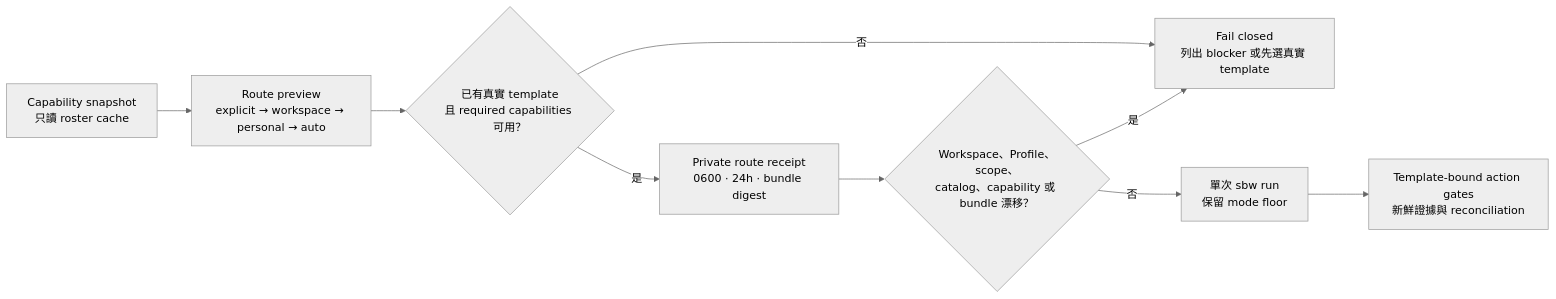
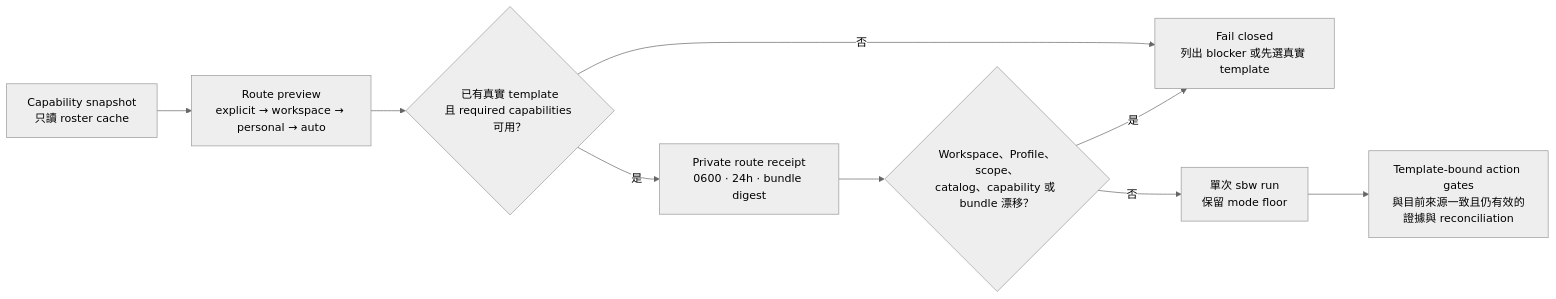
Before and after one commit to stephen-taipei/better-workflows: the second of 4 diagrams in docs/details/zh-TW.md, drawn with Mermaid (neutral theme). The commit also changed other lines of this file and 83 other files, not shown here.

````diff
--- a/docs/details/zh-TW.md
+++ b/docs/details/zh-TW.md
@@ -179,11 +179,11 @@
 ```mermaid
 flowchart LR
   A["Capability snapshot<br/>只讀 roster cache"] --> B["Route preview<br/>explicit → workspace → personal → auto"]
   B --> C{"已有真實 template<br/>且 required capabilities 可用？"}
   C -- "否" --> D["Fail closed<br/>列出 blocker 或先選真實 template"]
   C -- "是" --> E["Private route receipt<br/>0600 · 24h · bundle digest"]
   E --> F{"Workspace、Profile、scope、<br/>catalog、capability 或 bundle 漂移？"}
   F -- "是" --> D
   F -- "否" --> G["單次 sbw run<br/>保留 mode floor"]
-  G --> H["Template-bound action gates<br/>新鮮證據與 reconciliation"]
+  G --> H["Template-bound action gates<br/>與目前來源一致且仍有效的證據與 reconciliation"]
 ```
````
